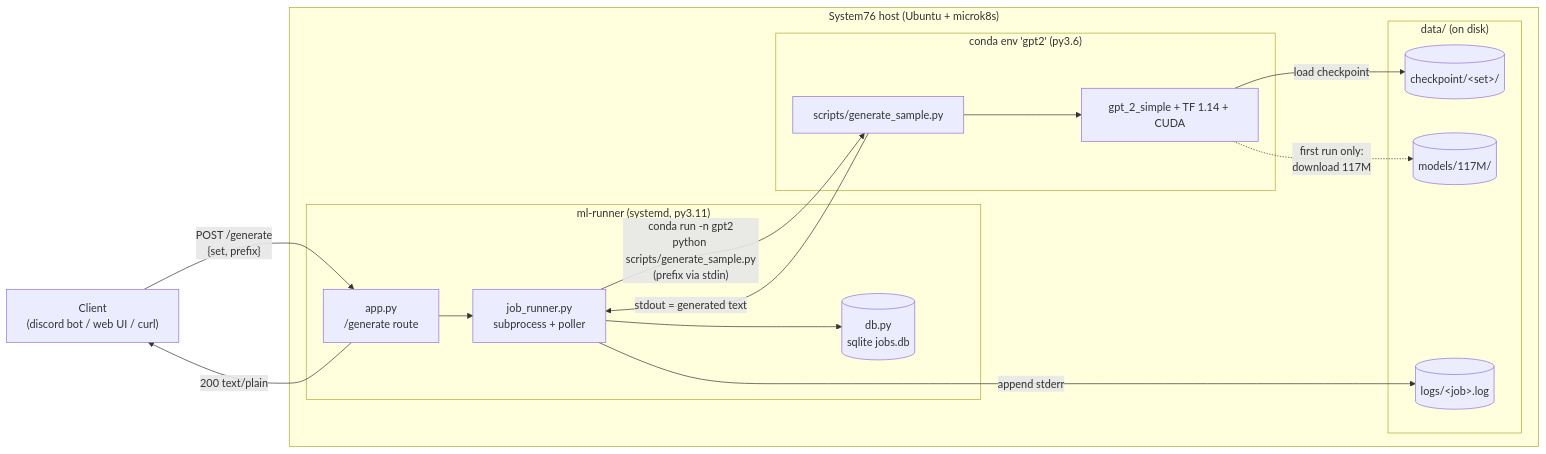
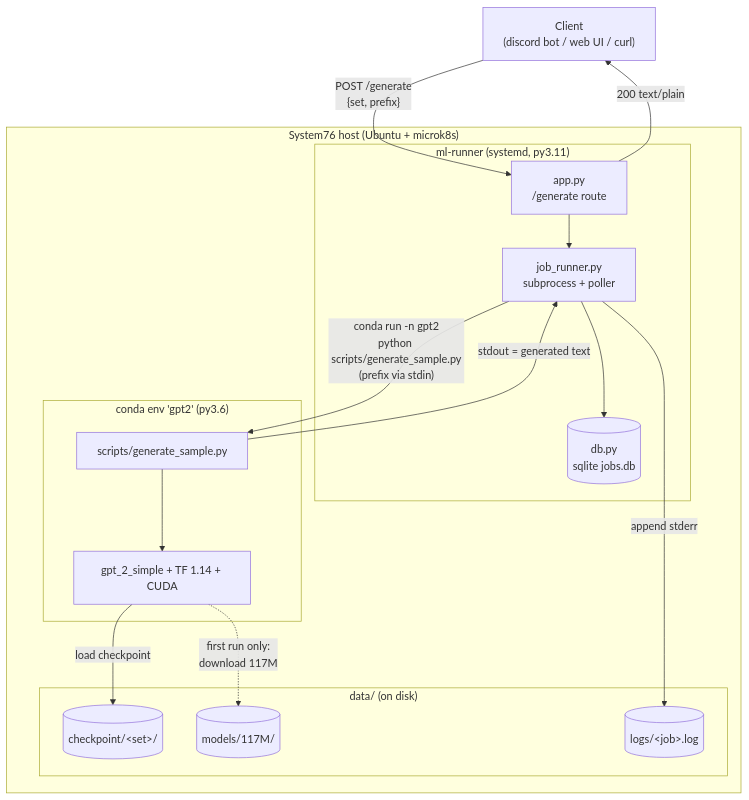
One commit to BrodyHarris14/discord_gptbot changed the first of 3 diagrams in README.md. Above: the diagram before and after it, drawn with Mermaid. The commit also changed 1 other file, not shown here.

````diff
--- a/README.md
+++ b/README.md
@@ -43,34 +43,34 @@
 ```mermaid
-flowchart LR
+flowchart TB
     Client["Client\n(discord bot / web UI / curl)"]
 
     subgraph Host["System76 host (Ubuntu + microk8s)"]
         subgraph Flask["ml-runner (systemd, py3.11)"]
             App["app.py\n/generate route"]
             JR["job_runner.py\nsubprocess + poller"]
             DB[("db.py\nsqlite jobs.db")]
         end
 
         subgraph Conda["conda env 'gpt2' (py3.6)"]
             Script["scripts/generate_sample.py"]
             GPT2["gpt_2_simple + TF 1.14 + CUDA"]
         end
 
         subgraph Disk["data/ (on disk)"]
             Ckpt[("checkpoint/&lt;set&gt;/")]
             Model[("models/117M/")]
             Logs[("logs/&lt;job&gt;.log")]
         end
     end
 
     Client -->|"POST /generate\n{set, prefix}"| App
     App --> JR
     JR --> DB
     JR -->|"conda run -n gpt2\npython scripts/generate_sample.py\n(prefix via stdin)"| Script
     Script --> GPT2
     GPT2 -->|"load checkpoint"| Ckpt
     GPT2 -.->|"first run only:\ndownload 117M"| Model
     Script -->|"stdout = generated text"| JR
     JR -->|"append stderr"| Logs
     App -->|"200 text/plain"| Client
 ```
````
